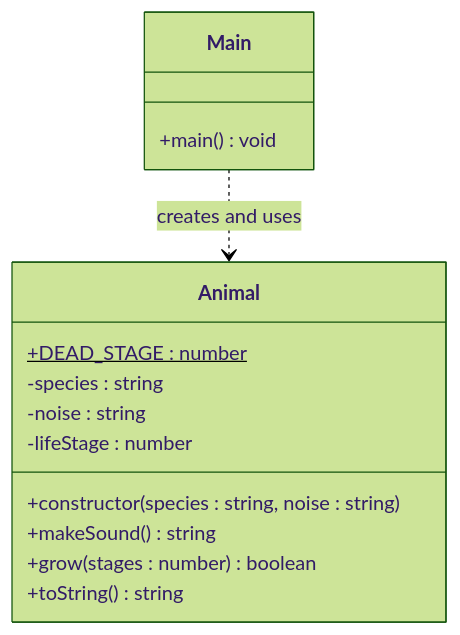
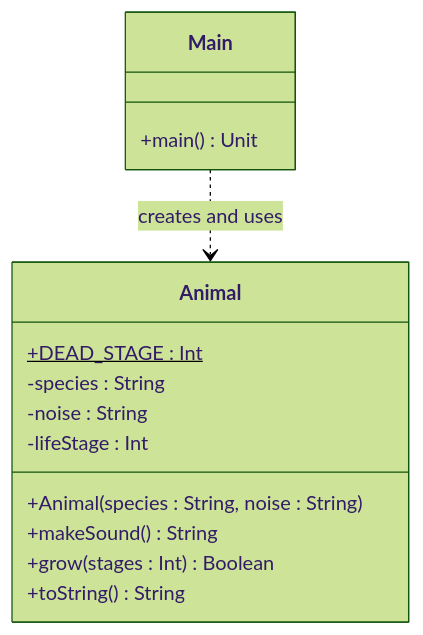
The diagram in labs/animal/README.md (qxcodepoo/arcade), drawn with Mermaid (forest theme) before and after one commit. The commit also changed other lines of this file and 201 other files, not shown here.

````diff
--- a/labs/animal/README.md
+++ b/labs/animal/README.md
@@ -42,22 +42,22 @@
 ```mermaid
 %%{init: { "fontFamily": "monospace" } }%%
 classDiagram
     direction TB
 
     class Animal {
-        +DEAD_STAGE : number$
-        -species : string
-        -noise : string
-        -lifeStage : number
-        +constructor(species : string, noise : string)
-        +makeSound() string
-        +grow(stages : number) boolean
-        +toString() string
+        +DEAD_STAGE : Int$
+        -species : String
+        -noise : String
+        -lifeStage : Int
+        +Animal(species : String, noise : String)
+        +makeSound() String
+        +grow(stages : Int) Boolean
+        +toString() String
     }
 
     class Main {
-        +main() void
+        +main() Unit
     }
 
     Main ..> Animal : creates and uses
 ```
````
